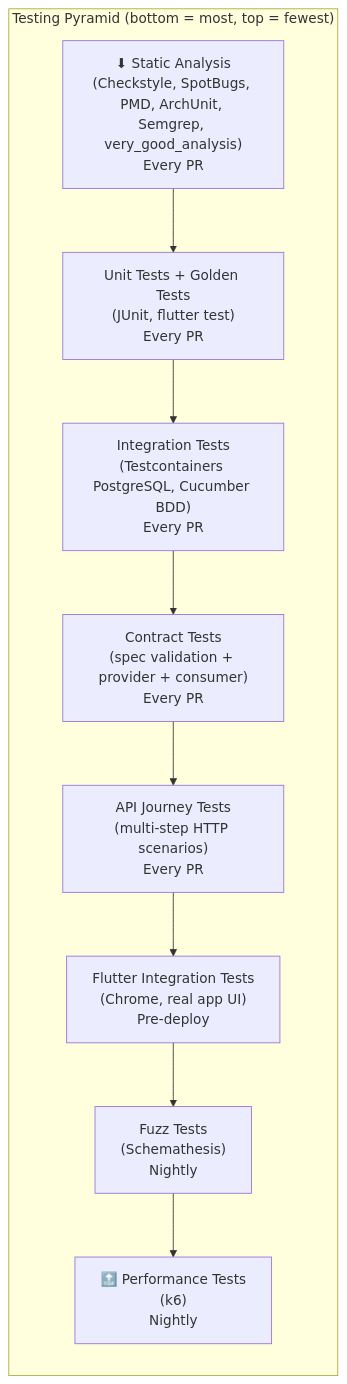
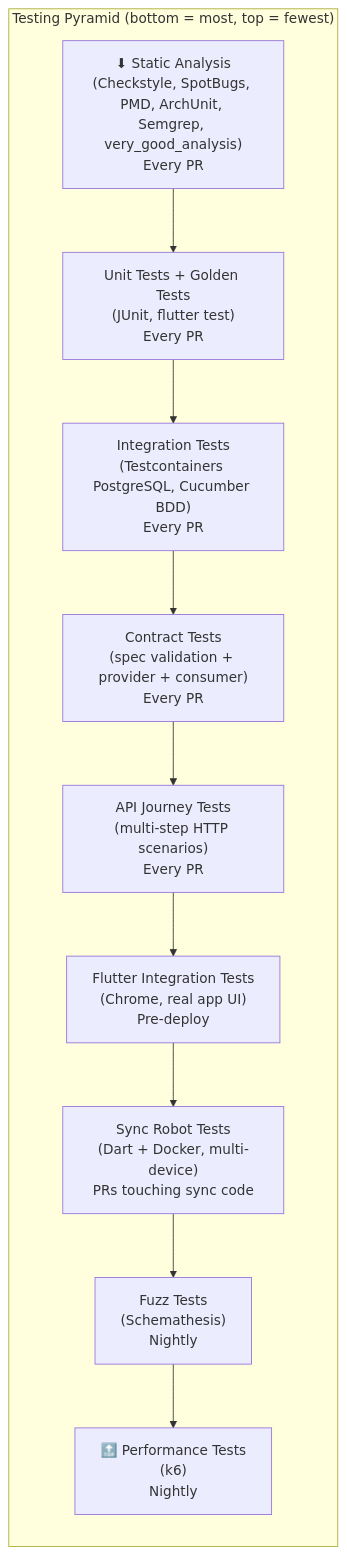
Before and after one commit to AnunnakiCosmoCrew/WordPower-docs: the first of 8 diagrams in docs/testing/TESTING_STRATEGY.md, drawn with Mermaid. The commit also changed other lines of this file and 2 other files, not shown here.

First line of the commit message:
Update docs for soft-delete tombstones and sync robot test suite

````diff
--- a/docs/testing/TESTING_STRATEGY.md
+++ b/docs/testing/TESTING_STRATEGY.md
@@ -29,16 +30,17 @@
 ```mermaid
 flowchart TB
     subgraph Pyramid["Testing Pyramid (bottom = most, top = fewest)"]
         direction TB
         Perf["🔝 Performance Tests<br/>(k6)<br/>Nightly"]
         Fuzz["Fuzz Tests<br/>(Schemathesis)<br/>Nightly"]
+        Sync["Sync Robot Tests<br/>(Dart + Docker, multi-device)<br/>PRs touching sync code"]
         E2EUI["Flutter Integration Tests<br/>(Chrome, real app UI)<br/>Pre-deploy"]
         E2EAPI["API Journey Tests<br/>(multi-step HTTP scenarios)<br/>Every PR"]
         Contract["Contract Tests<br/>(spec validation + provider + consumer)<br/>Every PR"]
         Integration["Integration Tests<br/>(Testcontainers PostgreSQL, Cucumber BDD)<br/>Every PR"]
         Unit["Unit Tests + Golden Tests<br/>(JUnit, flutter test)<br/>Every PR"]
         Static["⬇ Static Analysis<br/>(Checkstyle, SpotBugs, PMD, ArchUnit, Semgrep, very_good_analysis)<br/>Every PR"]
     end
 
-    Static --> Unit --> Integration --> Contract --> E2EAPI --> E2EUI --> Fuzz --> Perf
+    Static --> Unit --> Integration --> Contract --> E2EAPI --> E2EUI --> Sync --> Fuzz --> Perf
 ```
````
